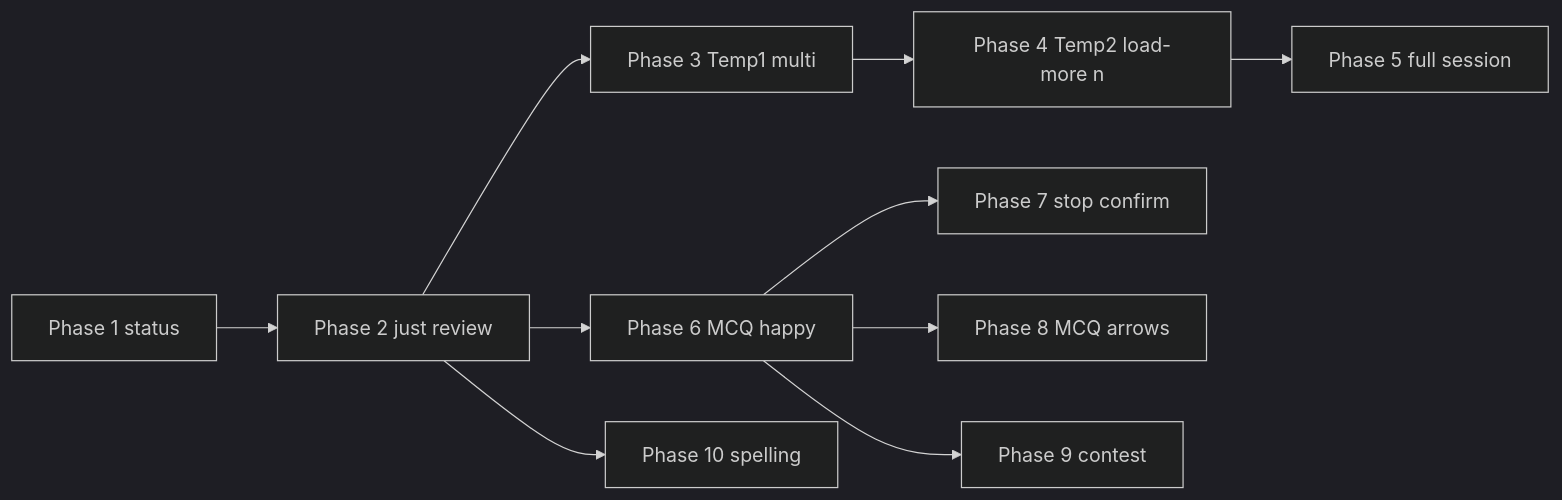
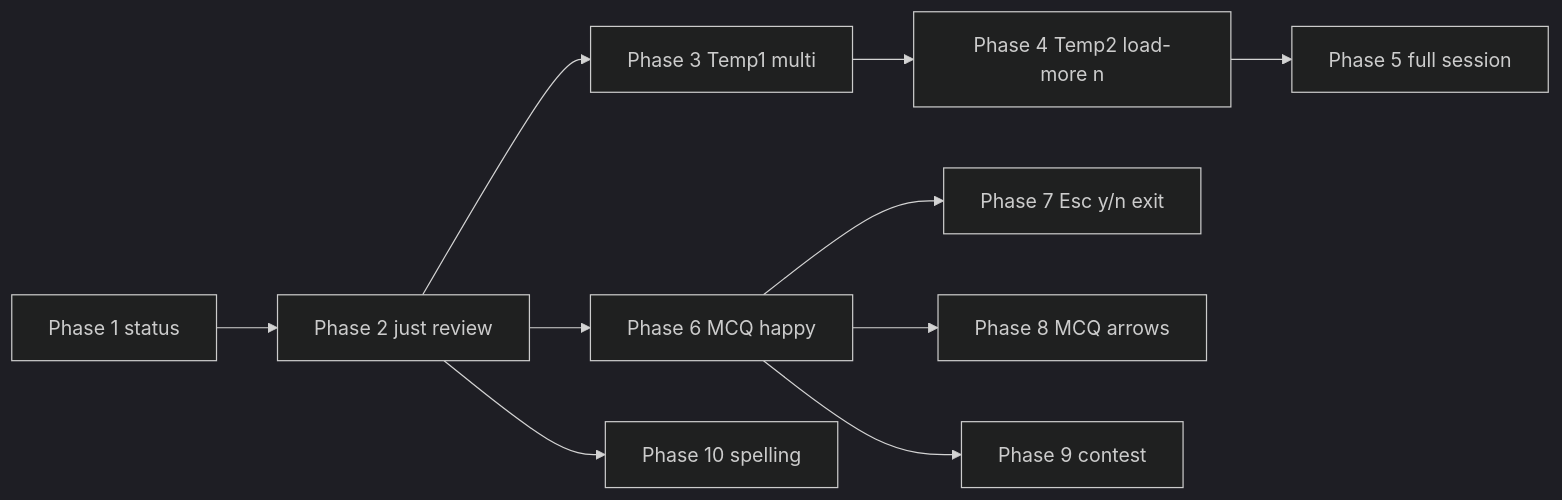
One commit to nerds-odd-e/doughnut changed the diagram in ongoing/cli-recall-revival.md. Above: the diagram before and after it, drawn with Mermaid (dark theme). The commit also changed other lines of this file and 5 other files, not shown here.

````diff
--- a/ongoing/cli-recall-revival.md
+++ b/ongoing/cli-recall-revival.md
@@ -242,22 +254,22 @@
 ```mermaid
 flowchart LR
   P1[Phase 1 status]
   P2[Phase 2 just review]
   P3[Phase 3 Temp1 multi]
   P4[Phase 4 Temp2 load-more n]
   P5[Phase 5 full session]
   P6[Phase 6 MCQ happy]
-  P7[Phase 7 stop confirm]
+  P7[Phase 7 Esc y/n exit]
   P8[Phase 8 MCQ arrows]
   P9[Phase 9 contest]
   P10[Phase 10 spelling]
   P1 --> P2
   P2 --> P3
   P3 --> P4
   P4 --> P5
   P2 --> P6
   P6 --> P7
   P6 --> P8
   P6 --> P9
   P2 --> P10
 ```
````
